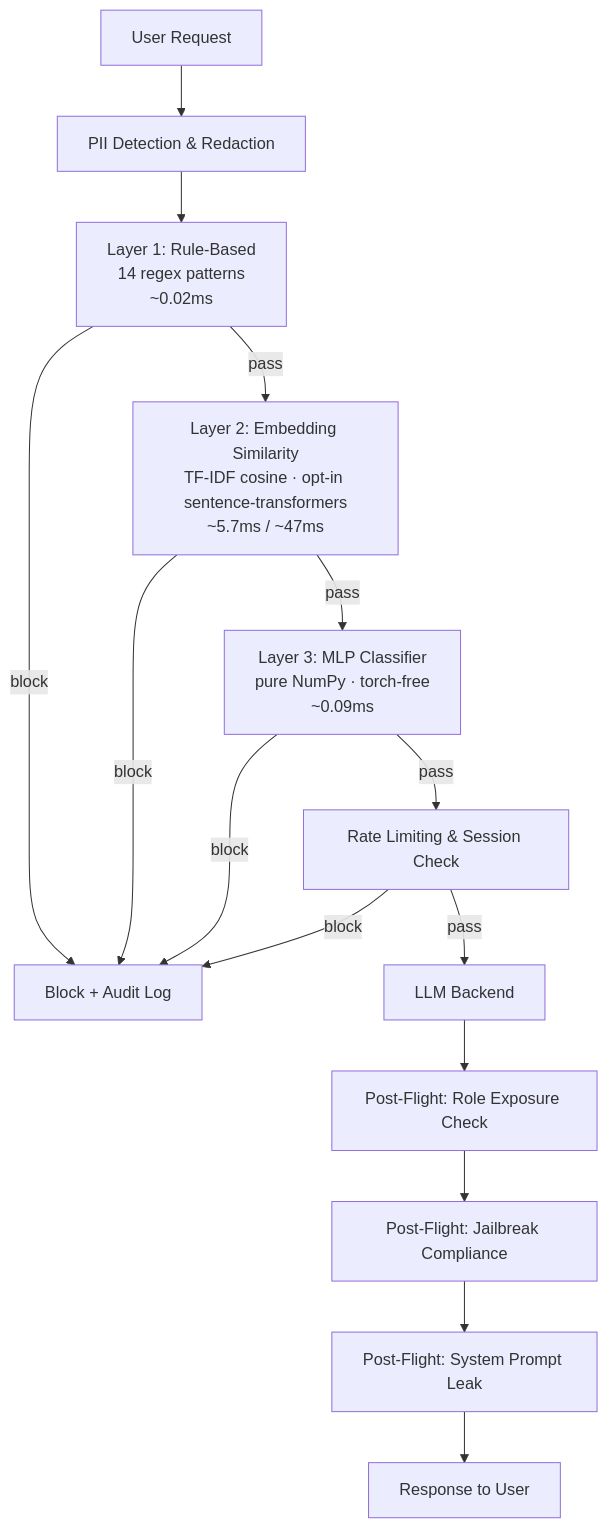
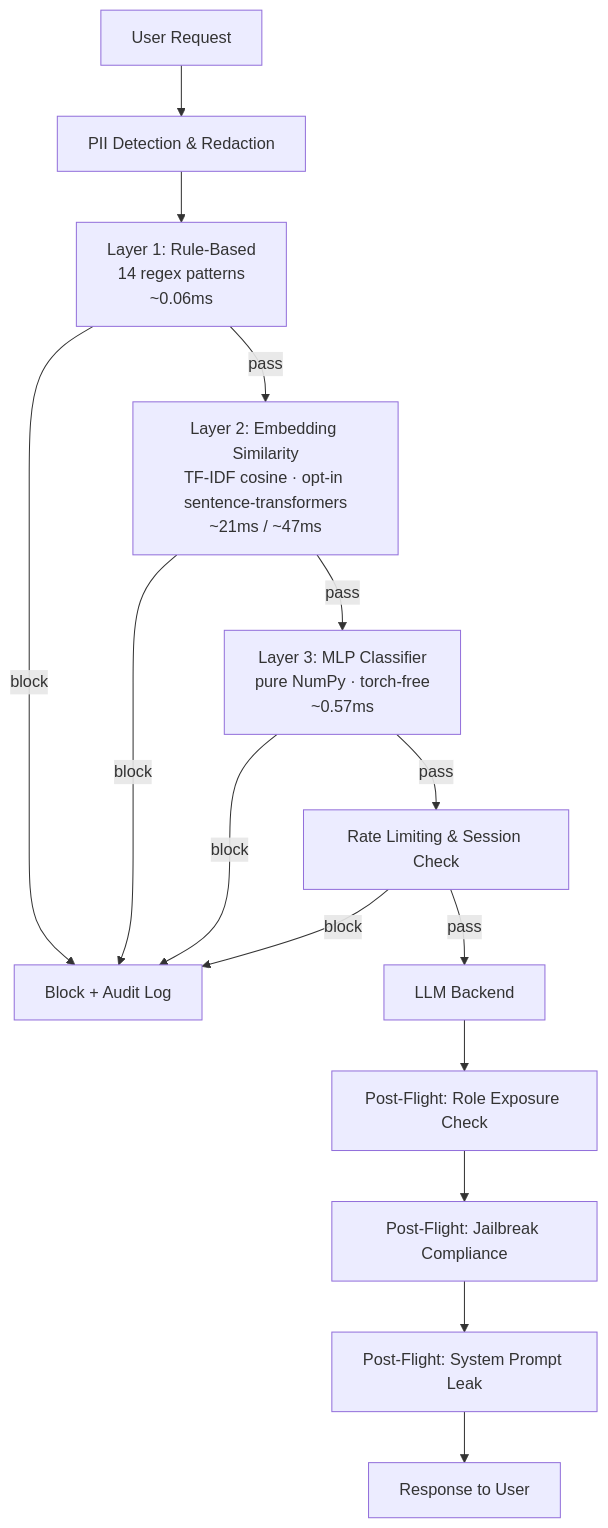
Before and after one commit to HerschCode/llm-security-gateway: the diagram in README.md, drawn with Mermaid. The commit also changed other lines of this file, not shown here.

Commit message:
Sync README detection-layer latencies with comparison_table.md
Updated latencies from latest evaluate.py run to match
docs/comparison_table.md (previously updated there but not
propagated to the README table or mermaid diagram):

  rule_based:          0.28ms  → 0.056ms  (mermaid: ~0.02 → ~0.06)
  embedding_similarity: 23.919ms → 20.928ms (mermaid: ~5.7 → ~21ms)
  scratch_classifier:  0.540ms → 0.565ms  (mermaid: ~0.09 → ~0.57ms)

Detection rates (28%, 0%, 54%) are unchanged.

````diff
--- a/README.md
+++ b/README.md
@@ -64,17 +64,17 @@
 ```mermaid
 graph TD
     A[User Request] --> B[PII Detection & Redaction]
-    B --> C["Layer 1: Rule-Based\n14 regex patterns\n~0.02ms"]
+    B --> C["Layer 1: Rule-Based\n14 regex patterns\n~0.06ms"]
     C -->|block| Z[Block + Audit Log]
-    C -->|pass| D["Layer 2: Embedding Similarity\nTF-IDF cosine · opt-in sentence-transformers\n~5.7ms / ~47ms"]
+    C -->|pass| D["Layer 2: Embedding Similarity\nTF-IDF cosine · opt-in sentence-transformers\n~21ms / ~47ms"]
     D -->|block| Z
-    D -->|pass| E["Layer 3: MLP Classifier\npure NumPy · torch-free\n~0.09ms"]
+    D -->|pass| E["Layer 3: MLP Classifier\npure NumPy · torch-free\n~0.57ms"]
     E -->|block| Z
     E -->|pass| F[Rate Limiting & Session Check]
     F -->|block| Z
     F -->|pass| G[LLM Backend]
     G --> H[Post-Flight: Role Exposure Check]
     H --> I[Post-Flight: Jailbreak Compliance]
     I --> J[Post-Flight: System Prompt Leak]
     J --> K[Response to User]
 ```
````
